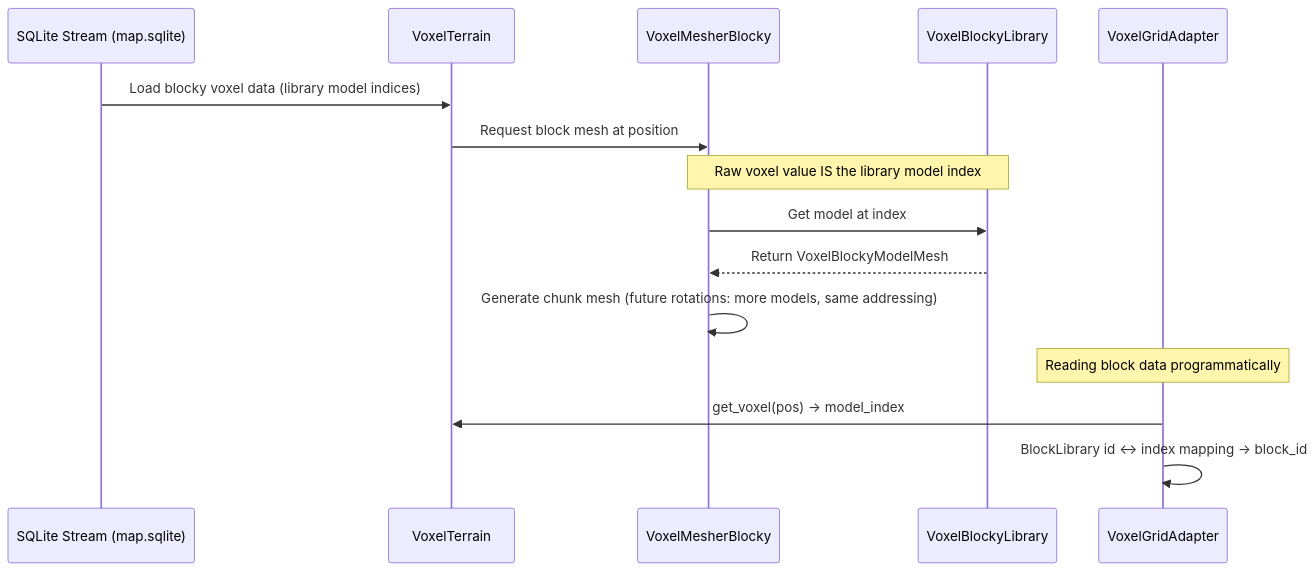
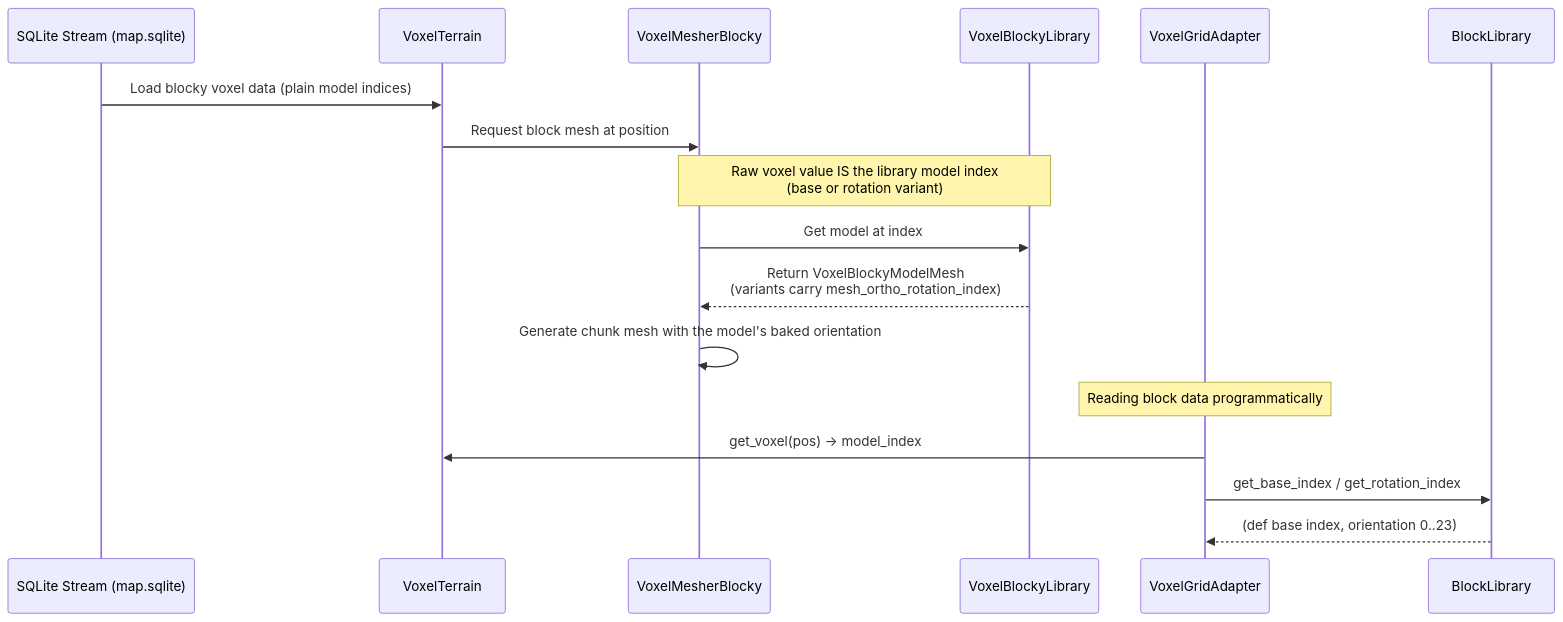
Before and after one commit to gdgonzaga/vek-holdout: the second of 2 diagrams in docs/architecture/voxel-world.md, drawn with Mermaid. The commit also changed other lines of this file and 16 other files, not shown here.

````diff
--- a/docs/architecture/voxel-world.md
+++ b/docs/architecture/voxel-world.md
@@ -255,19 +282,21 @@
 ```mermaid
 sequenceDiagram
     participant DB as SQLite Stream (map.sqlite)
     participant Terrain as VoxelTerrain
     participant Mesher as VoxelMesherBlocky
     participant Lib as VoxelBlockyLibrary
     participant Adapter as VoxelGridAdapter
+    participant BLib as BlockLibrary
 
-    DB->>Terrain: Load blocky voxel data (library model indices)
+    DB->>Terrain: Load blocky voxel data (plain model indices)
     Terrain->>Mesher: Request block mesh at position
-    Note over Mesher,Lib: Raw voxel value IS the library model index
+    Note over Mesher,Lib: Raw voxel value IS the library model index<br/>(base or rotation variant)
     Mesher->>Lib: Get model at index
-    Lib-->>Mesher: Return VoxelBlockyModelMesh
-    Mesher->>Mesher: Generate chunk mesh (future rotations: more models, same addressing)
-    
+    Lib-->>Mesher: Return VoxelBlockyModelMesh<br/>(variants carry mesh_ortho_rotation_index)
+    Mesher->>Mesher: Generate chunk mesh with the model's baked orientation
+
     Note over Adapter: Reading block data programmatically
     Adapter->>Terrain: get_voxel(pos) -> model_index
-    Adapter->>Adapter: BlockLibrary id <-> index mapping -> block_id
+    Adapter->>BLib: get_base_index / get_rotation_index
+    BLib-->>Adapter: (def base index, orientation 0..23)
 ```
````
